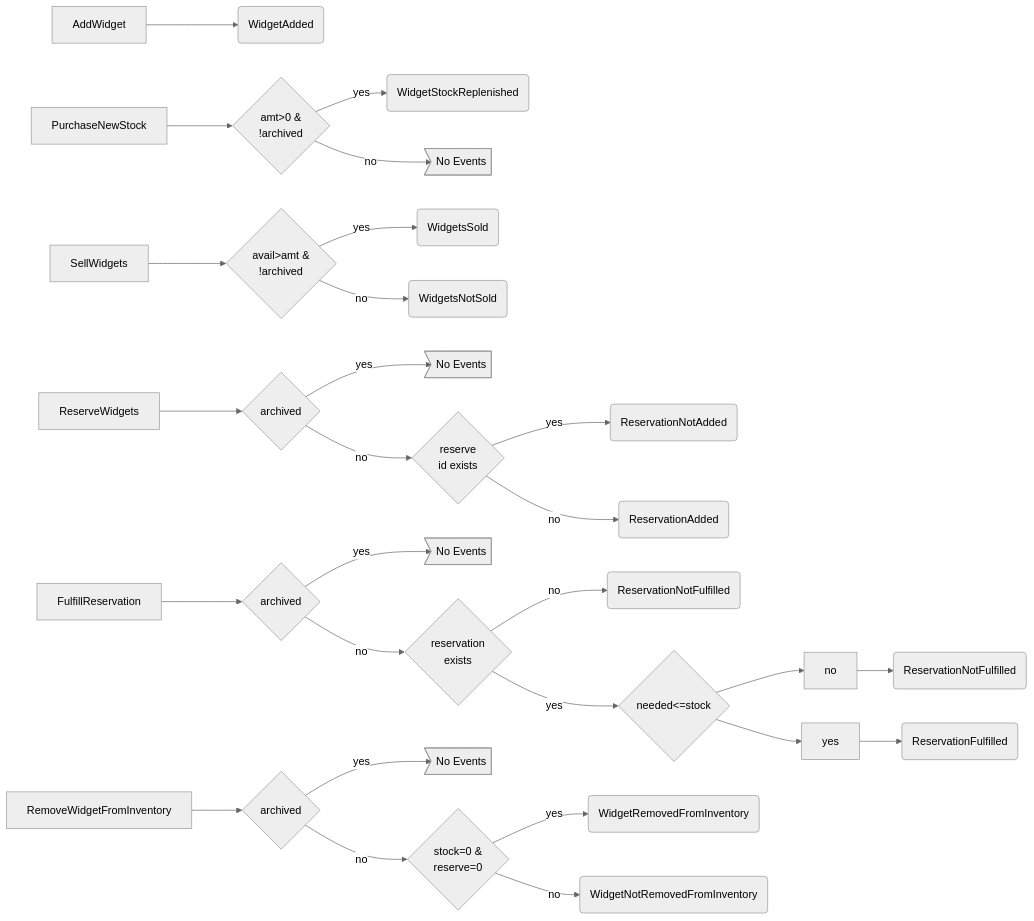
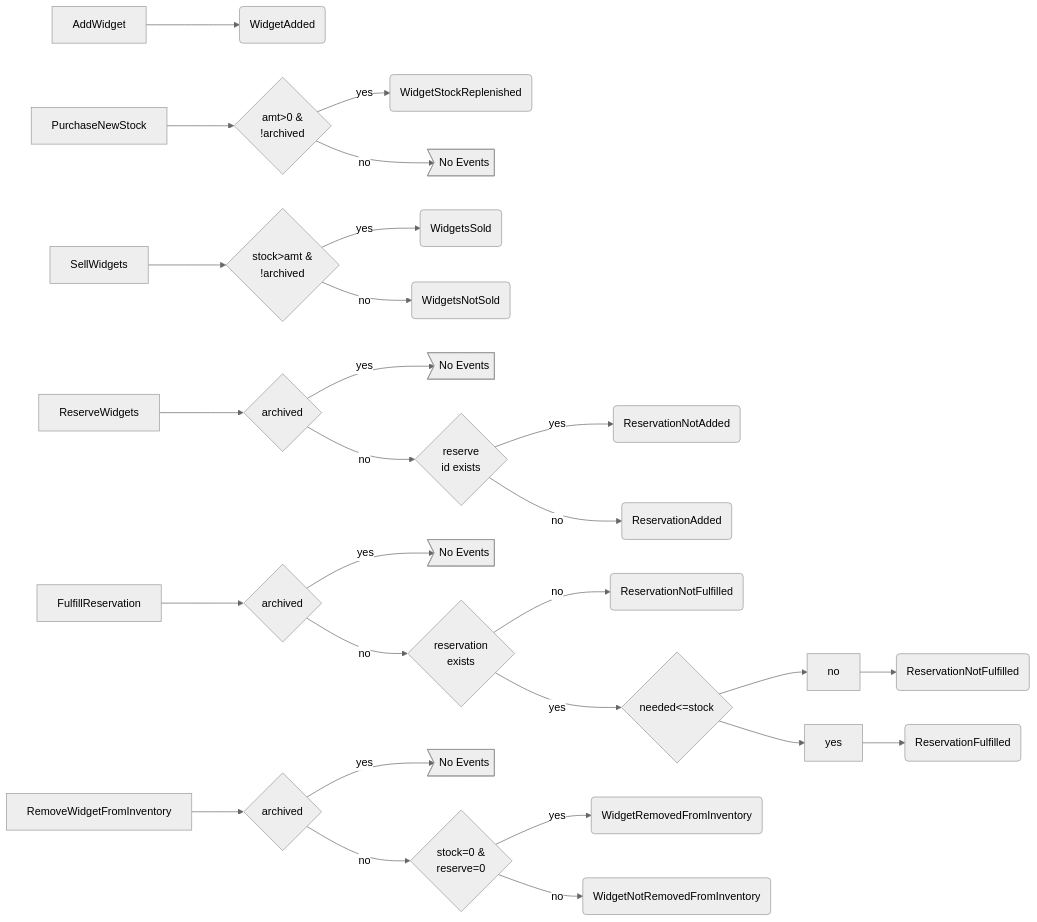
The first of 2 diagrams in Shell/Widget/ReadMe.md (flew2bits/Shell), drawn with Mermaid (neutral theme) before and after one commit.

````diff
--- a/Shell/Widget/ReadMe.md
+++ b/Shell/Widget/ReadMe.md
@@ -18,32 +18,32 @@
 ```mermaid
 flowchart LR
 A1[AddWidget] --> B1(WidgetAdded)
 
 A2[PurchaseNewStock] --> B2{amt>0 &\n!archived}
 B2 -- yes --> C2(WidgetStockReplenished)
 B2 -- no --> D2>No Events]
 
-A3[SellWidgets] --> B3{avail>amt &\n!archived}
+A3[SellWidgets] --> B3{stock>amt &\n!archived}
 B3 -- yes --> C3(WidgetsSold)
 B3 -- no --> D3(WidgetsNotSold)
 
 A4[ReserveWidgets] --> B4{archived}
 B4 -- yes --> C4>No Events]
 B4 -- no --> D4{reserve\nid exists}
 D4 -- yes --> E4(ReservationNotAdded)
 D4 -- no --> F4(ReservationAdded)
 
 A5[FulfillReservation] --> B5{archived}
 B5 -- yes --> C5>No Events]
 B5 -- no --> D5{reservation\nexists}
 D5 -- no --> E5(ReservationNotFulfilled)
 D5 -- yes --> F5{needed<=stock}
 F5 --> no --> G5(ReservationNotFulfilled)
 F5 --> yes --> H5(ReservationFulfilled)
 
 A6[RemoveWidgetFromInventory] --> B6{archived}
 B6 -- yes --> C6>No Events]
 B6 -- no --> D6{stock=0 &\nreserve=0}
 D6 -- yes --> E6(WidgetRemovedFromInventory)
 D6 -- no --> F6(WidgetNotRemovedFromInventory)
 ```
````
